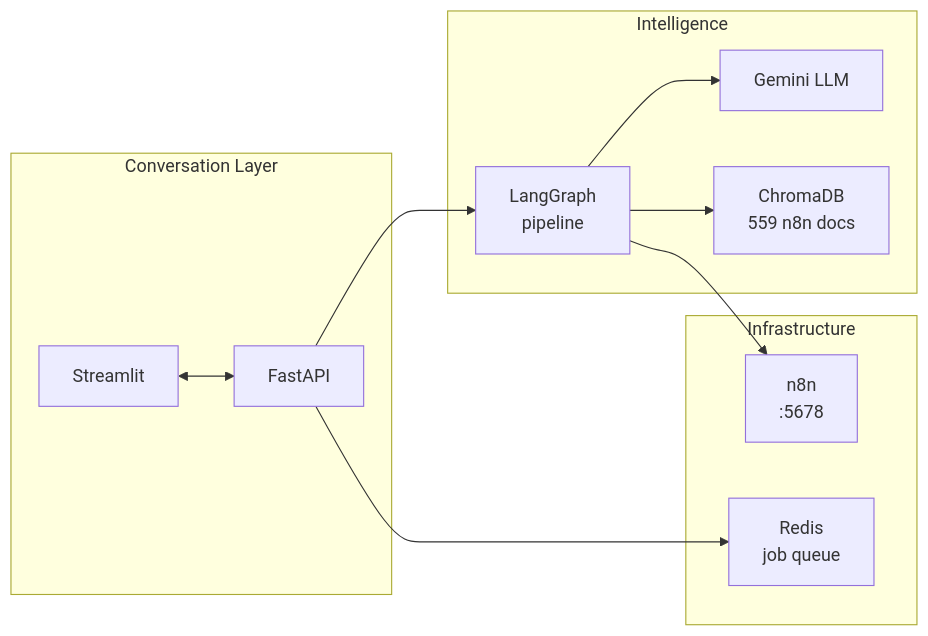
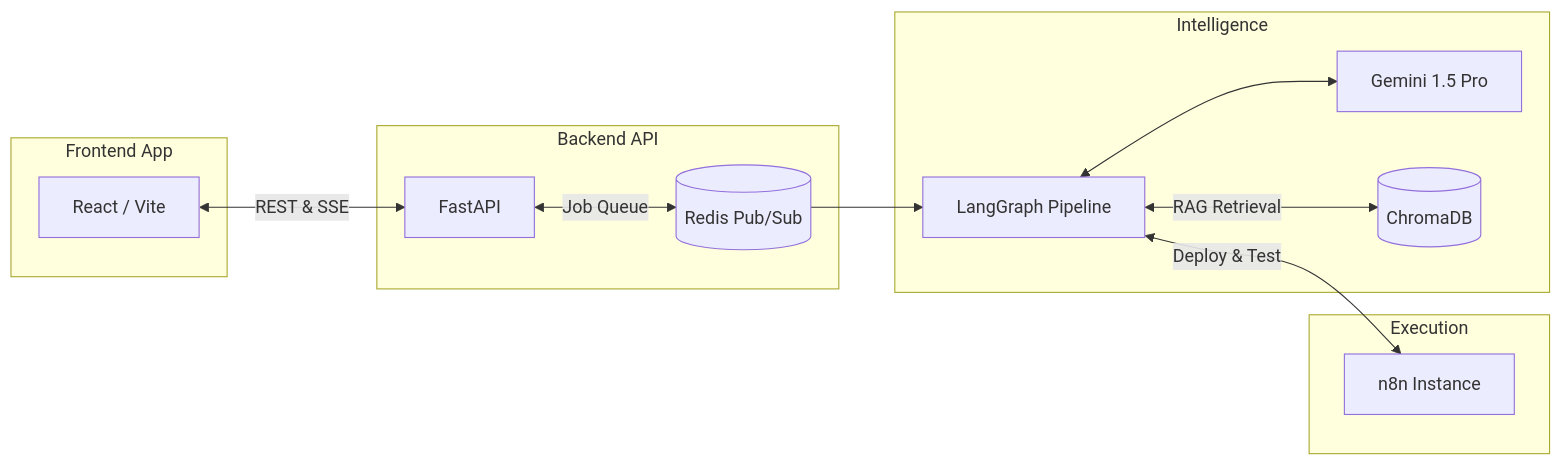
The third of 3 diagrams in README.md (h19overflow/ARIA), drawn with Mermaid before and after one commit. The commit also changed other lines of this file and 7 other files, not shown here.

Commit message:
feat: enhance README with detailed problem-solution overview and update status; add comprehensive API endpoint tests and unit tests for job handling

````diff
--- a/README.md
+++ b/README.md
@@ -60,23 +101,29 @@
 ```mermaid
 graph LR
-    subgraph UI [Conversation Layer]
-        ST[Streamlit] <--> FA[FastAPI]
+    subgraph Client [Frontend App]
+        React[React / Vite]
     end
 
-    subgraph AI [Intelligence]
-        LG[LangGraph<br>pipeline]
-        GM[Gemini LLM]
-        CH[ChromaDB<br>559 n8n docs]
+    subgraph API [Backend API]
+        FA[FastAPI]
+        RD[(Redis Pub/Sub)]
     end
 
-    subgraph INFRA [Infrastructure]
-        N8N[n8n<br>:5678]
-        RD[Redis<br>job queue]
+    subgraph Engine [Intelligence]
+        LG[LangGraph Pipeline]
+        GM[Gemini 1.5 Pro]
+        CH[(ChromaDB)]
     end
 
-    FA --> LG
-    LG --> GM
-    LG --> CH
-    LG --> N8N
-    FA --> RD
+    subgraph Runtime [Execution]
+        N8N[n8n Instance]
+    end
+
+    React <-->|REST & SSE| FA
+    FA <-->|Job Queue| RD
+    RD --> LG
+    
+    LG <--> GM
+    LG <-->|RAG Retrieval| CH
+    LG <-->|Deploy & Test| N8N
 ```
````
